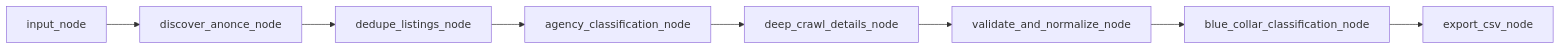
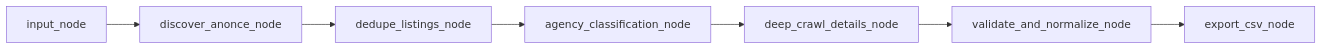
The diagram in DOKUMENTACE_APLIKACE.md (sharkjd/anonoce_scraper), drawn with Mermaid before and after one commit. The commit also changed other lines of this file and 21 other files, not shown here.

````diff
--- a/DOKUMENTACE_APLIKACE.md
+++ b/DOKUMENTACE_APLIKACE.md
@@ -98,12 +96,11 @@
 ```mermaid
 flowchart LR
   input[input_node]
   discover[discover_anonce_node]
   dedupe[dedupe_listings_node]
   agency[agency_classification_node]
   deep[deep_crawl_details_node]
   validate[validate_and_normalize_node]
-  blue[blue_collar_classification_node]
   export[export_csv_node]
-  input --> discover --> dedupe --> agency --> deep --> validate --> blue --> export
+  input --> discover --> dedupe --> agency --> deep --> validate --> export
 ```
````
